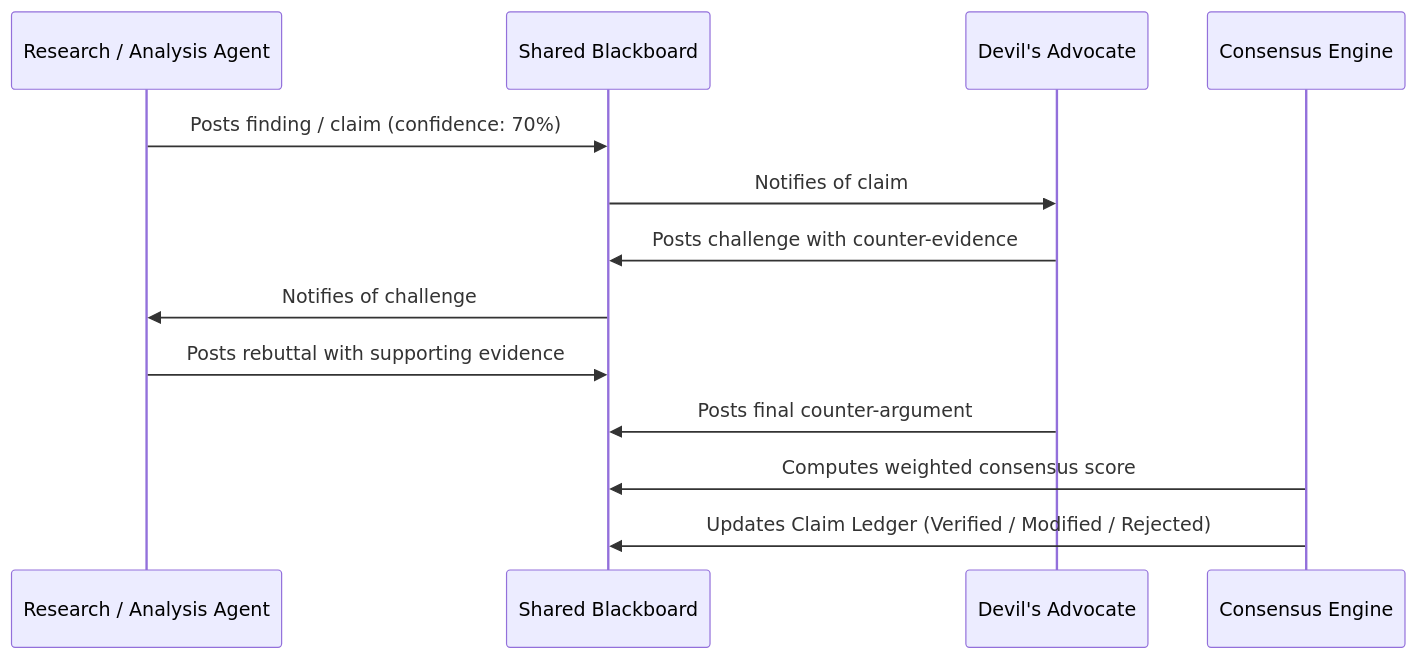
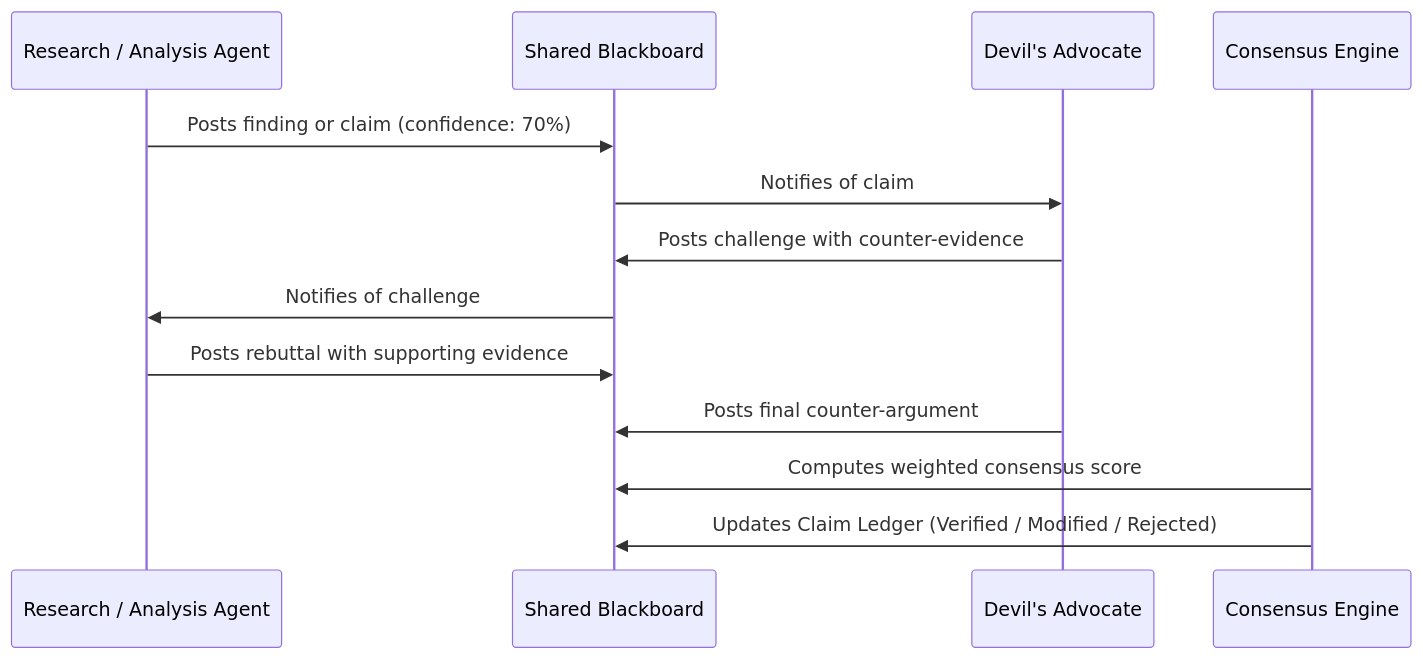
Before and after one commit to siddarth1872004/nexus-research: the third of 3 diagrams in README.md, drawn with Mermaid. The commit also changed other lines of this file, not shown here.

Commit message:
fix: quote Mermaid node labels to fix GitHub diagram rendering

````diff
--- a/README.md
+++ b/README.md
@@ -123,16 +117,16 @@
 ```mermaid
 sequenceDiagram
     participant Agent as Research / Analysis Agent
     participant BB as Shared Blackboard
     participant DA as Devil's Advocate
     participant CE as Consensus Engine
 
-    Agent->>BB: Posts finding / claim (confidence: 70%)
+    Agent->>BB: Posts finding or claim (confidence: 70%)
     BB->>DA: Notifies of claim
     DA->>BB: Posts challenge with counter-evidence
     BB->>Agent: Notifies of challenge
     Agent->>BB: Posts rebuttal with supporting evidence
     DA->>BB: Posts final counter-argument
     CE->>BB: Computes weighted consensus score
     CE->>BB: Updates Claim Ledger (Verified / Modified / Rejected)
 ```
````
